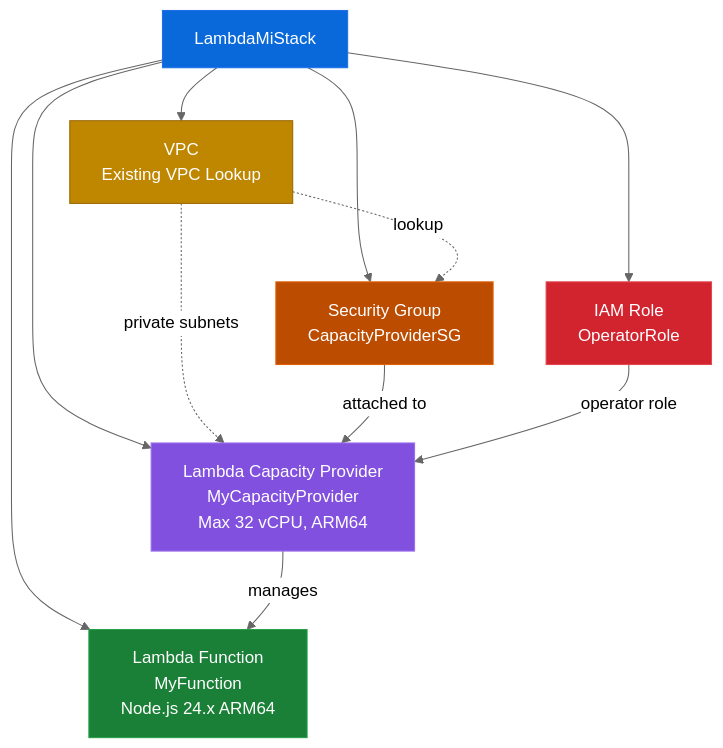
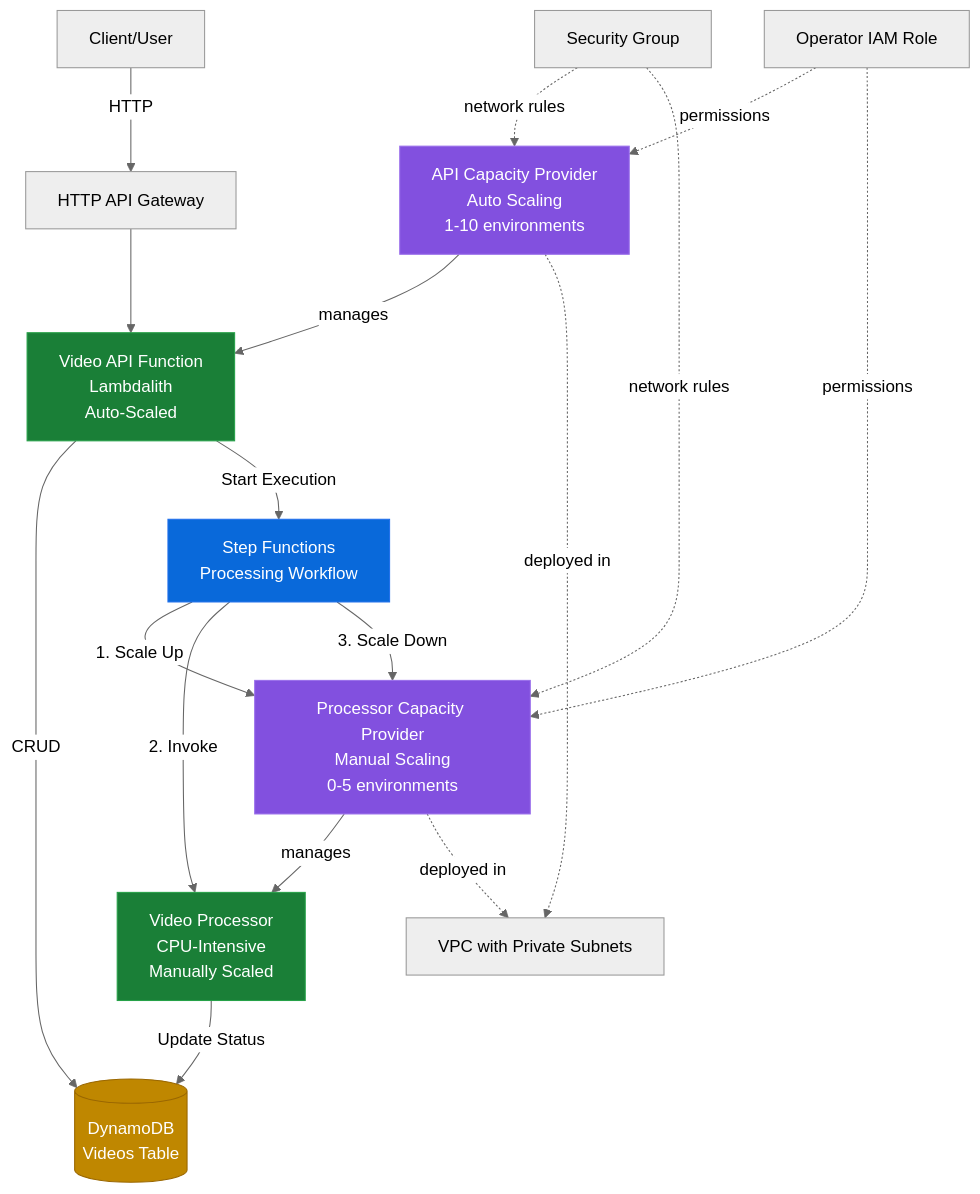
One commit to fourTheorem/lambda-mi changed the diagram in README.md. Above: the diagram before and after it, drawn with Mermaid (neutral theme). The commit also changed other lines of this file and 11 other files, not shown here.

Commit message:
feat: add API for auto and processing for manual capacity providers

````diff
--- a/README.md
+++ b/README.md
@@ -20,28 +49,45 @@
 ```mermaid
 graph TB
-    Stack[LambdaMiStack]
-    VPC[VPC<br/>Existing VPC Lookup]
-    Fn[Lambda Function<br/>MyFunction<br/>Node.js 24.x ARM64]
-    SG[Security Group<br/>CapacityProviderSG]
-    Role[IAM Role<br/>OperatorRole]
-    CP[Lambda Capacity Provider<br/>MyCapacityProvider<br/>Max 32 vCPU, ARM64]
+    User[Client/User]
+    API[HTTP API Gateway]
+    ApiFn[Video API Function<br/>Lambdalith<br/>Auto-Scaled]
+    DDB[(DynamoDB<br/>Videos Table)]
+    SFN[Step Functions<br/>Processing Workflow]
+    ProcFn[Video Processor<br/>CPU-Intensive<br/>Manually Scaled]
     
-    Stack --> VPC
-    Stack --> Fn
-    Stack --> SG
-    Stack --> Role
-    Stack --> CP
+    ApiCP[API Capacity Provider<br/>Auto Scaling<br/>1-10 environments]
+    ProcCP[Processor Capacity Provider<br/>Manual Scaling<br/>0-5 environments]
     
-    VPC -.->|lookup| SG
-    VPC -.->|private subnets| CP
-    SG -->|attached to| CP
-    Role -->|operator role| CP
-    CP -->|manages| Fn
+    VPC[VPC with Private Subnets]
+    SG[Security Group]
+    OpRole[Operator IAM Role]
     
-    style Stack fill:#0969da,stroke:#1f6feb,color:#fff
-    style VPC fill:#bf8700,stroke:#9a6700,color:#fff
-    style Fn fill:#1a7f37,stroke:#26a148,color:#fff
-    style CP fill:#8250df,stroke:#9a6feb,color:#fff
-    style SG fill:#bc4c00,stroke:#e36209,color:#fff
-    style Role fill:#d1242f,stroke:#e34850,color:#fff
+    User -->|HTTP| API
+    API --> ApiFn
+    ApiFn -->|CRUD| DDB
+    ApiFn -->|Start Execution| SFN
+    
+    SFN -->|1. Scale Up| ProcCP
+    SFN -->|2. Invoke| ProcFn
+    SFN -->|3. Scale Down| ProcCP
+    
+    ProcFn -->|Update Status| DDB
+    
+    ApiCP -->|manages| ApiFn
+    ProcCP -->|manages| ProcFn
+    
+    ApiCP -.->|deployed in| VPC
+    ProcCP -.->|deployed in| VPC
+    
+    SG -.->|network rules| ApiCP
+    SG -.->|network rules| ProcCP
+    OpRole -.->|permissions| ApiCP
+    OpRole -.->|permissions| ProcCP
+    
+    style ApiFn fill:#1a7f37,stroke:#26a148,color:#fff
+    style ProcFn fill:#1a7f37,stroke:#26a148,color:#fff
+    style ApiCP fill:#8250df,stroke:#9a6feb,color:#fff
+    style ProcCP fill:#8250df,stroke:#9a6feb,color:#fff
+    style SFN fill:#0969da,stroke:#1f6feb,color:#fff
+    style DDB fill:#bf8700,stroke:#9a6700,color:#fff
 ```
````
